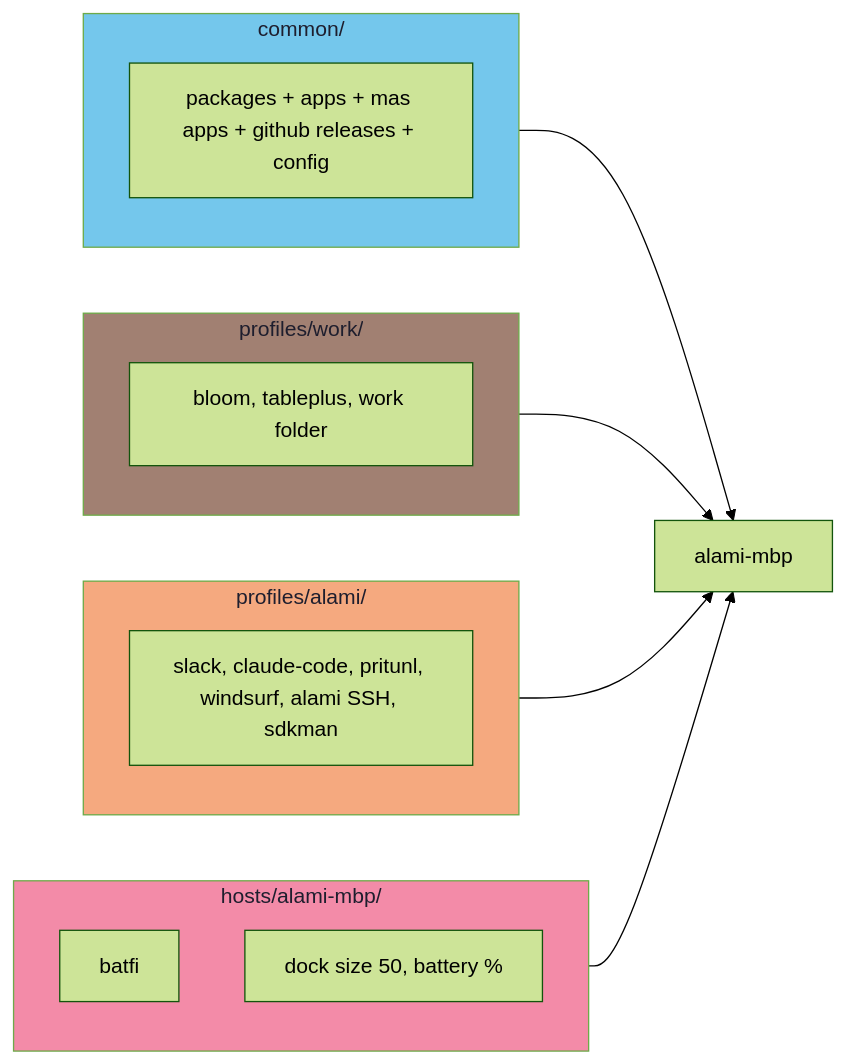
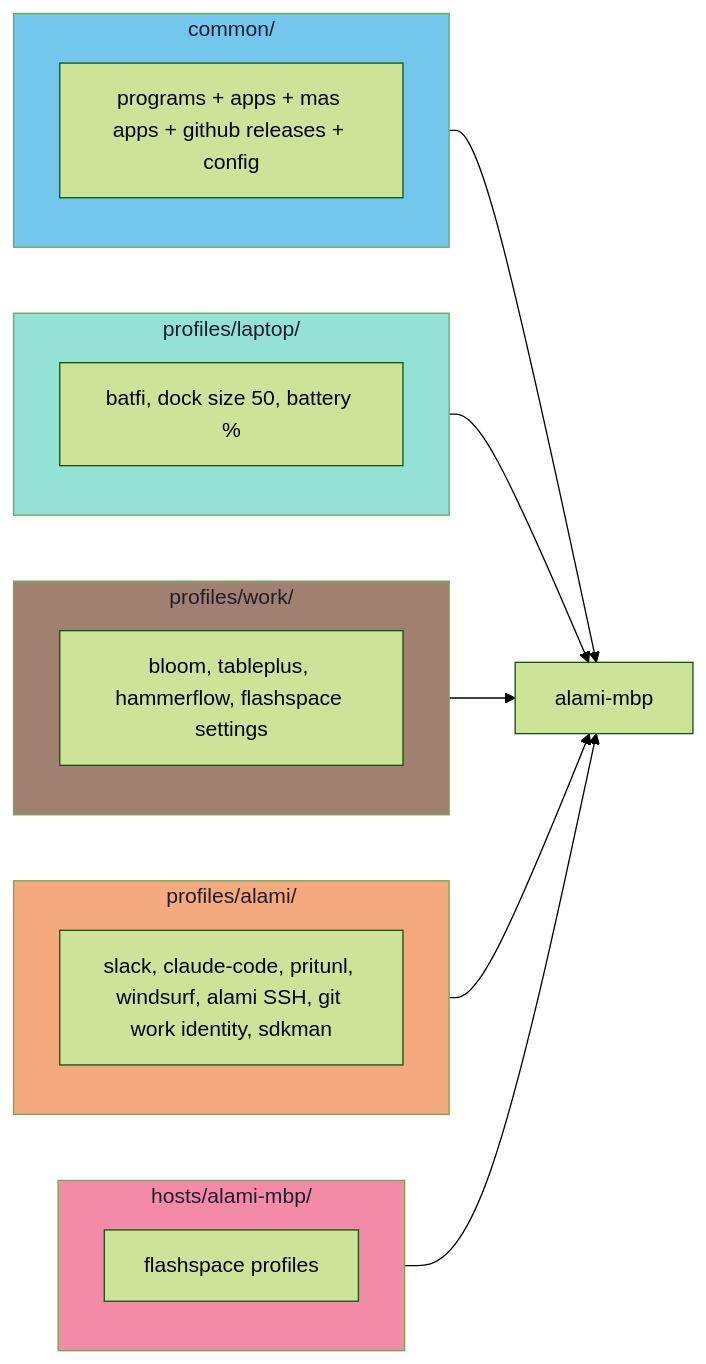
Before and after one commit to milhamh95/nix-config: the third of 5 diagrams in docs/architecture.md, drawn with Mermaid (forest theme). The commit also changed other lines of this file and 5 other files, not shown here.

First line of the commit message:
fix: remove duplicate packages, fix mise config, update docs

````diff
--- a/docs/architecture.md
+++ b/docs/architecture.md
@@ -385,31 +400,36 @@
 ```mermaid
 flowchart LR
     subgraph common["common/"]
-        c["packages + apps + mas apps + github releases + config"]
+        c["programs + apps + mas apps + github releases + config"]
+    end
+
+    subgraph laptop["profiles/laptop/"]
+        lp["batfi, dock size 50, battery %"]
     end
 
     subgraph work["profiles/work/"]
-        w["bloom, tableplus, work folder"]
+        w["bloom, tableplus, hammerflow, flashspace settings"]
     end
 
     subgraph alami["profiles/alami/"]
-        a["slack, claude-code, pritunl, windsurf, alami SSH, sdkman"]
+        a["slack, claude-code, pritunl, windsurf, alami SSH, git work identity, sdkman"]
     end
 
     subgraph host["hosts/alami-mbp/"]
-        h["batfi"]
-        h_sys["dock size 50, battery %"]
+        h["flashspace profiles"]
     end
 
     result["alami-mbp"]
 
     common --> result
+    laptop --> result
     work --> result
     alami --> result
     host --> result
 
     style common fill:#74c7ec,color:#1e1e2e
+    style laptop fill:#94e2d5,color:#1e1e2e
     style work fill:#a18072,color:#1e1e2e
     style alami fill:#f5a97f,color:#1e1e2e
     style host fill:#f38ba8,color:#1e1e2e
 ```
````
